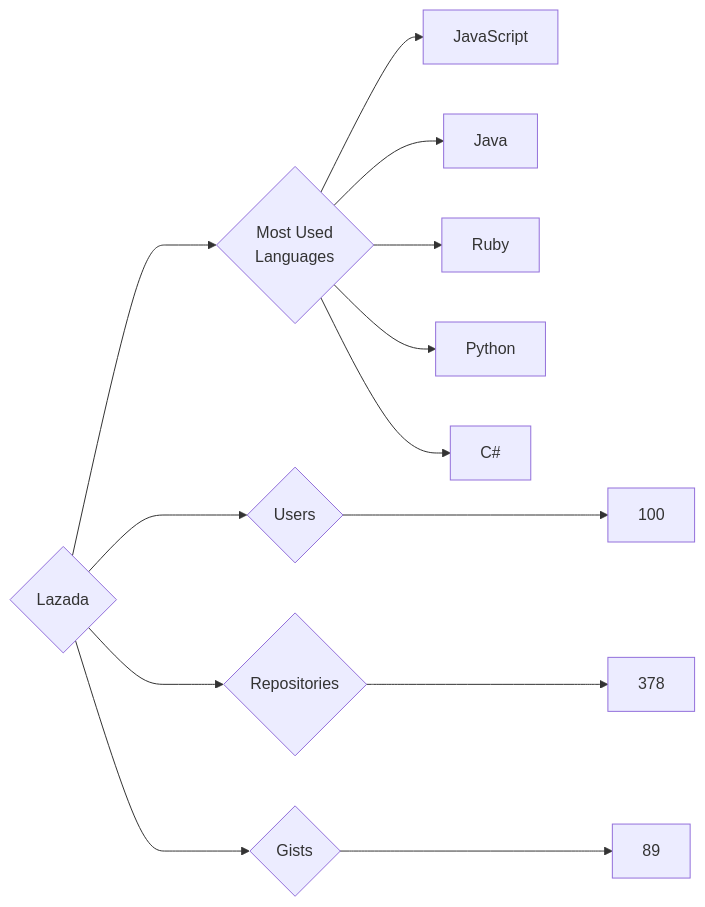
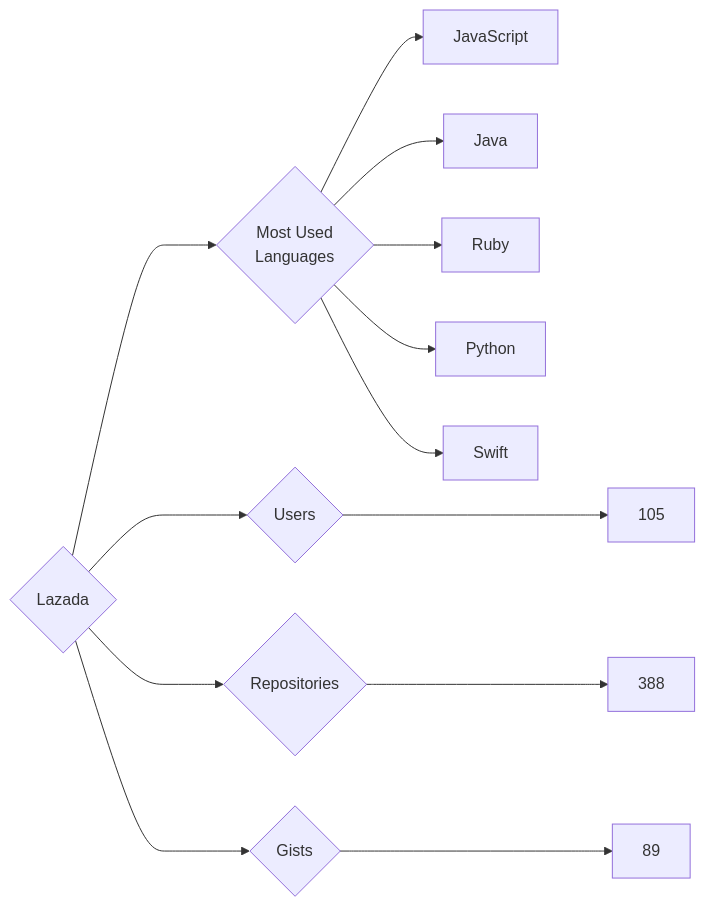
Before and after one commit to trickest/insiders: the diagram in targets/Lazada/README.md, drawn with Mermaid. The commit also changed 1508 other files, not shown here.

````diff
--- a/targets/Lazada/README.md
+++ b/targets/Lazada/README.md
@@ -3,13 +3,13 @@
 ```mermaid
 graph LR
 COMPANY_NAME{Lazada}
-COMPANY_NAME ---> U{Users} ---> UN[100]
-COMPANY_NAME ---> R{Repositories} ---> RN[378]
+COMPANY_NAME ---> U{Users} ---> UN[105]
+COMPANY_NAME ---> R{Repositories} ---> RN[388]
 COMPANY_NAME ---> G{Gists} ---> GN[89]
 COMPANY_NAME ---> ML{Most Used<br>Languages}
 ML --> JavaScript[JavaScript]
 ML --> Java[Java]
 ML --> Ruby[Ruby]
 ML --> Python[Python]
-ML --> C#[C#]
+ML --> Swift[Swift]
 ```
````
